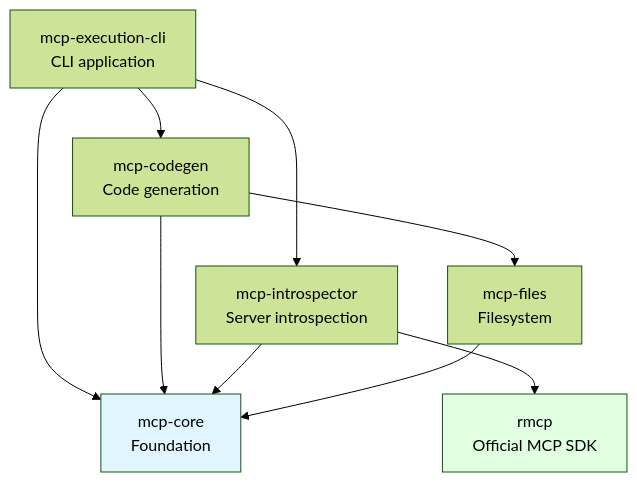
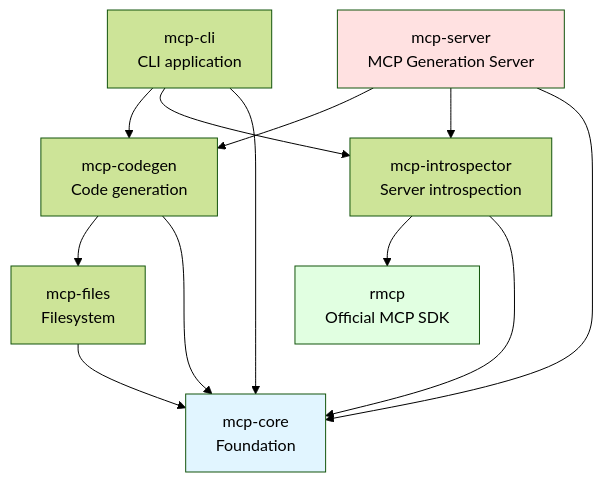
The diagram in docs/ARCHITECTURE.md (bug-ops/mcp-execution), drawn with Mermaid (forest theme) before and after one commit. The commit also changed other lines of this file and 2 other files, not shown here.

````diff
--- a/docs/ARCHITECTURE.md
+++ b/docs/ARCHITECTURE.md
@@ -76,17 +77,22 @@
 ```mermaid
 graph TD
-    CLI[mcp-execution-cli<br/>CLI application] --> CODEGEN[mcp-codegen<br/>Code generation]
+    CLI[mcp-cli<br/>CLI application] --> CODEGEN[mcp-codegen<br/>Code generation]
     CLI --> INTRO[mcp-introspector<br/>Server introspection]
     CLI --> CORE[mcp-core<br/>Foundation]
+
+    SERVER[mcp-server<br/>MCP Generation Server] --> CODEGEN
+    SERVER --> INTRO
+    SERVER --> CORE
 
     CODEGEN --> FILES[mcp-files<br/>Filesystem]
     CODEGEN --> CORE
 
     INTRO --> RMCP[rmcp<br/>Official MCP SDK]
     INTRO --> CORE
 
     FILES --> CORE
 
     style CORE fill:#e1f5ff
     style RMCP fill:#e1ffe1
+    style SERVER fill:#ffe1e1
 ```
````
